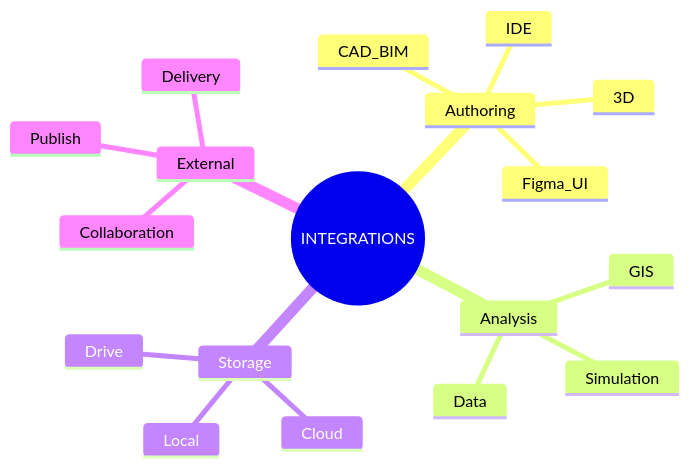
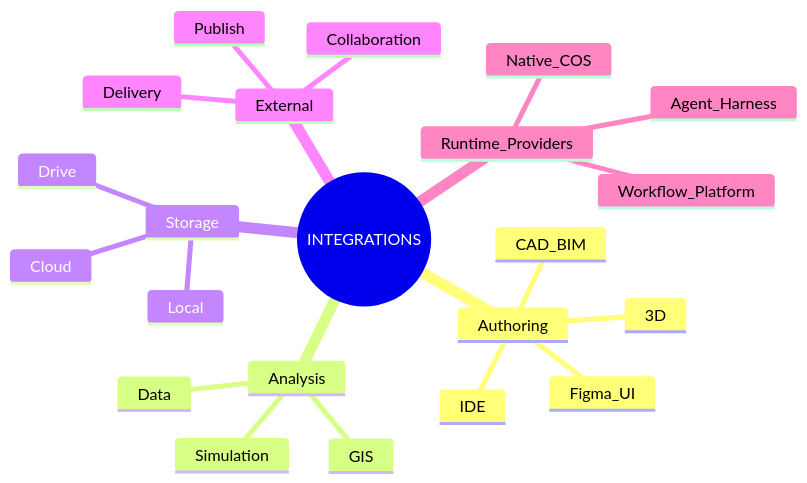
Before and after one commit to Jiaosong/Design: the first of 3 diagrams in product-docs/v0.3/nodes/N12_INTEGRATIONS.md, drawn with Mermaid. The commit also changed other lines of this file and 21 other files, not shown here.

Commit message:
Add OLEANDER execution fabric architecture v0.3.3 (#717)

````diff
--- a/product-docs/v0.3/nodes/N12_INTEGRATIONS.md
+++ b/product-docs/v0.3/nodes/N12_INTEGRATIONS.md
@@ -20,21 +20,25 @@
 ```mermaid
 mindmap
   root((INTEGRATIONS))
     Authoring
       CAD_BIM
       Figma_UI
       3D
       IDE
     Analysis
       Simulation
       GIS
       Data
     Storage
       Local
       Drive
       Cloud
     External
       Publish
       Collaboration
       Delivery
+    Runtime_Providers
+      Native_COS
+      Agent_Harness
+      Workflow_Platform
 ```
````
